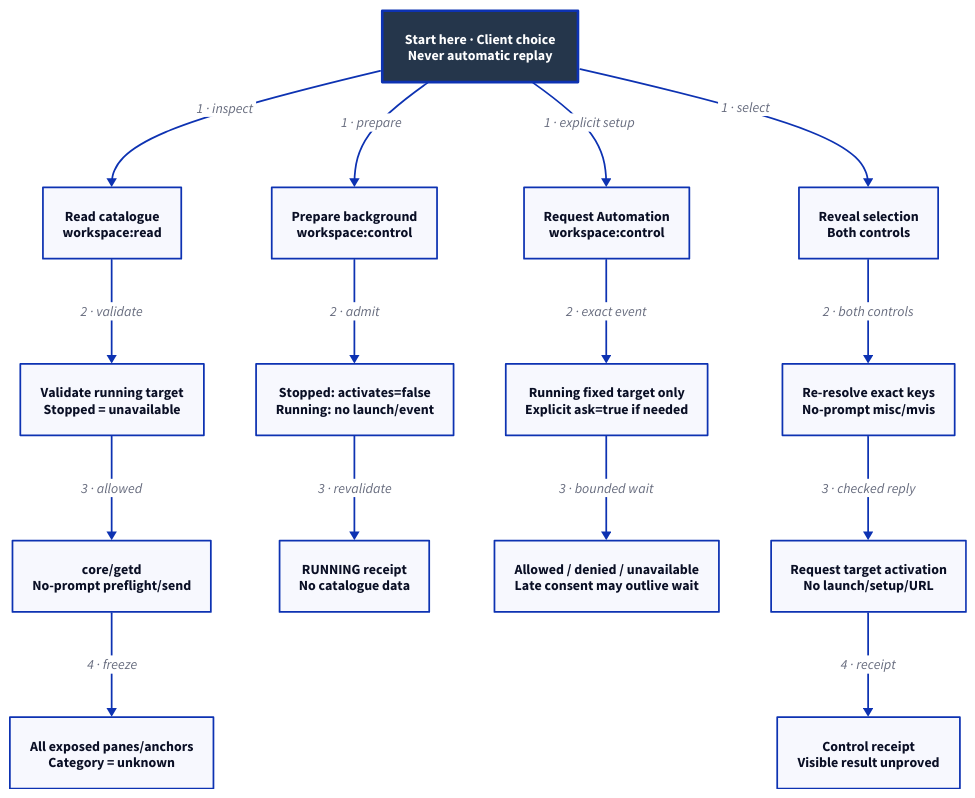
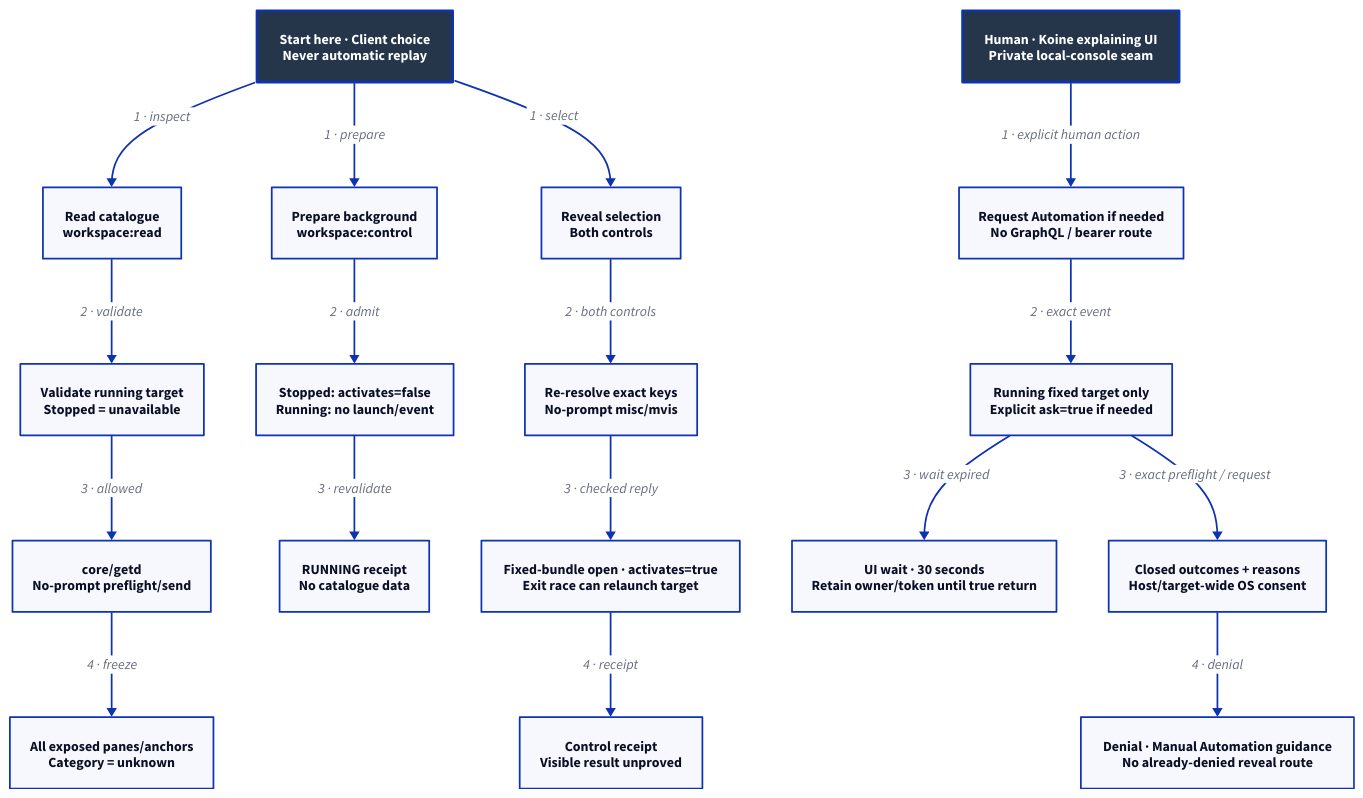
The diagram in docs/design/architecture/native-settings-flow.d2 (Linkuistics/Koine), drawn with D2 before and after one commit. The commit also changed 116 other files, not shown here.

```diff
--- a/docs/design/architecture/native-settings-flow.d2
+++ b/docs/design/architecture/native-settings-flow.d2
@@ -1,34 +1,39 @@
-# Four explicit choices; no operation automatically invokes another.
+# Three public choices and one human local-UI action; none invokes another.
 direction: down
 classes: {
   start: {style: {fill: "#25364B"; font-color: "#FFFFFF"; bold: true; stroke-width: 3}}
 }
 Start: "Start here · Client choice\nNever automatic replay" {class: start}
 Read: "Read catalogue\nworkspace:read"
 Prepare: "Prepare background\nworkspace:control"
-Setup: "Request Automation\nworkspace:control"
+UI: "Human · Koine explaining UI\nPrivate local-console seam" {class: start}
+Setup: "Request Automation if needed\nNo GraphQL / bearer route"
 Reveal: "Reveal selection\nBoth controls"
 Running: "Validate running target\nStopped = unavailable"
 NoPrompt: "core/getd\nNo-prompt preflight/send"
 Values: "All exposed panes/anchors\nCategory = unknown"
 Launch: "Stopped: activates=false\nRunning: no launch/event"
 Receipt: "RUNNING receipt\nNo catalogue data"
 Ask: "Running fixed target only\nExplicit ask=true if needed"
-Permission: "Allowed / denied / unavailable\nLate consent may outlive wait"
+Permission: "Closed outcomes + reasons\nHost/target-wide OS consent"
+Pending: "UI wait · 30 seconds\nRetain owner/token until true return"
+Remedy: "Denial · Manual Automation guidance\nNo already-denied reveal route"
 Select: "Re-resolve exact keys\nNo-prompt misc/mvis"
-Activation: "Request target activation\nNo launch/setup/URL"
+Activation: "Fixed-bundle open · activates=true\nExit race can relaunch target"
 Acknowledgment: "Control receipt\nVisible result unproved"
 Start -> Read: "1 · inspect"
 Read -> Running: "2 · validate"
 Running -> NoPrompt: "3 · allowed"
 NoPrompt -> Values: "4 · freeze"
 Start -> Prepare: "1 · prepare"
 Prepare -> Launch: "2 · admit"
 Launch -> Receipt: "3 · revalidate"
-Start -> Setup: "1 · explicit setup"
+UI -> Setup: "1 · explicit human action"
 Setup -> Ask: "2 · exact event"
-Ask -> Permission: "3 · bounded wait"
+Ask -> Permission: "3 · exact preflight / request"
+Ask -> Pending: "3 · wait expired"
+Permission -> Remedy: "4 · denial"
 Start -> Reveal: "1 · select"
 Reveal -> Select: "2 · both controls"
 Select -> Activation: "3 · checked reply"
 Activation -> Acknowledgment: "4 · receipt"
```
